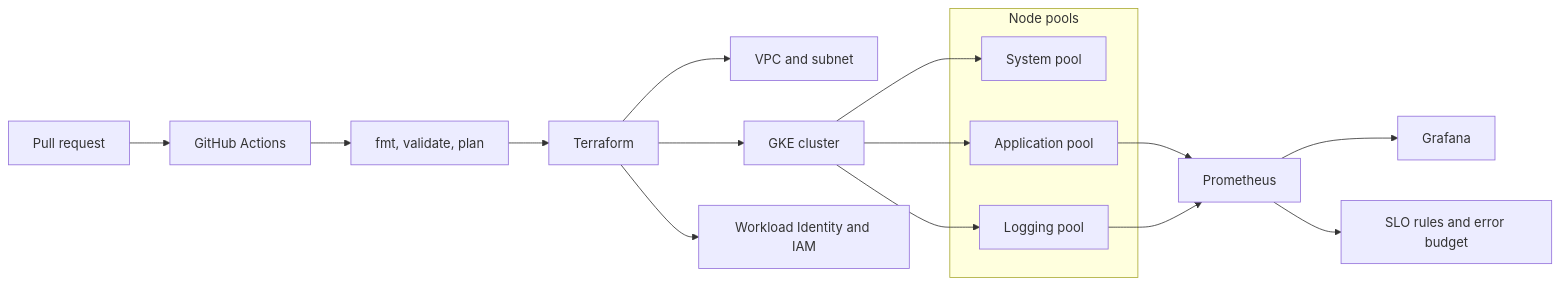
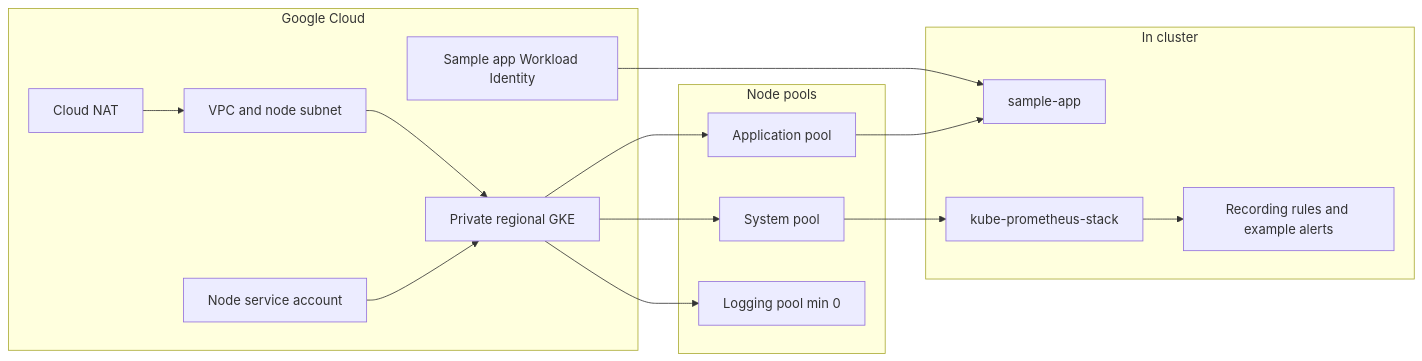
The diagram in README.md (mc1994nyaw/gke-production-blueprint), drawn with Mermaid before and after one commit. The commit also changed other lines of this file and 39 other files, not shown here.

First line of the commit message:
Add an example GKE platform and credential-free CI (#2)

````diff
--- a/README.md
+++ b/README.md
@@ -27,24 +28,34 @@
 ```mermaid
 flowchart LR
-  dev[Pull request] --> ci[GitHub Actions]
-  ci --> checks["fmt, validate, plan"]
-  checks --> tf[Terraform]
-  tf --> vpc[VPC and subnet]
-  tf --> gke[GKE cluster]
-  tf --> iam[Workload Identity and IAM]
+  subgraph gcp [Google Cloud]
+    vpc[VPC and node subnet]
+    nat[Cloud NAT]
+    gke[Private regional GKE]
+    nodesa[Node service account]
+    appsa[Sample app Workload Identity]
+  end
 
   subgraph pools [Node pools]
     system[System pool]
     app[Application pool]
-    logging[Logging pool]
+    logging[Logging pool min 0]
   end
 
+  vpc --> gke
+  nat --> vpc
   gke --> system
   gke --> app
   gke --> logging
+  nodesa --> gke
+  appsa --> sample[sample-app]
 
-  app --> prom[Prometheus]
-  logging --> prom
-  prom --> grafana[Grafana]
-  prom --> slo[SLO rules and error budget]
+  subgraph cluster [In cluster]
+    sample
+    kps[kube-prometheus-stack]
+    rules[Recording rules and example alerts]
+  end
+
+  app --> sample
+  system --> kps
+  kps --> rules
 ```
````
